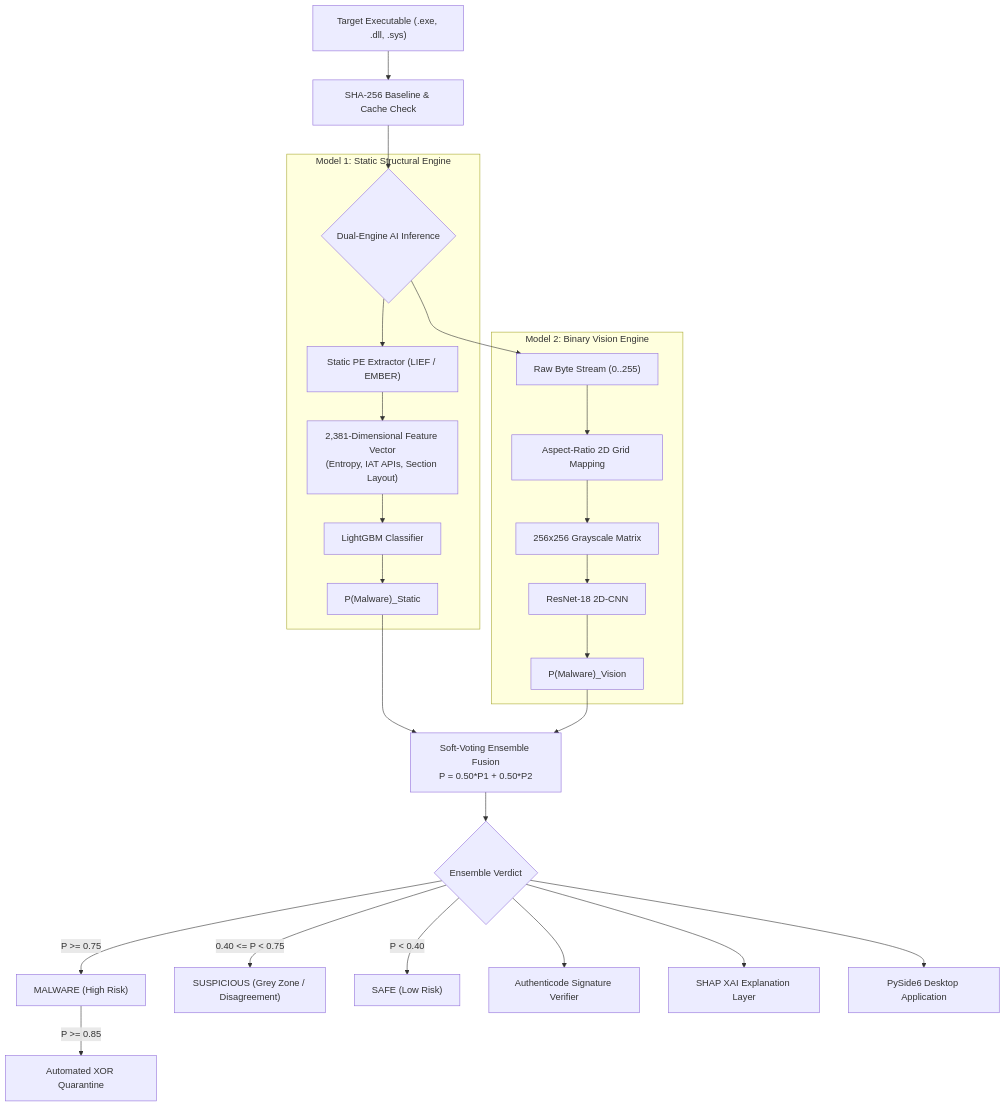
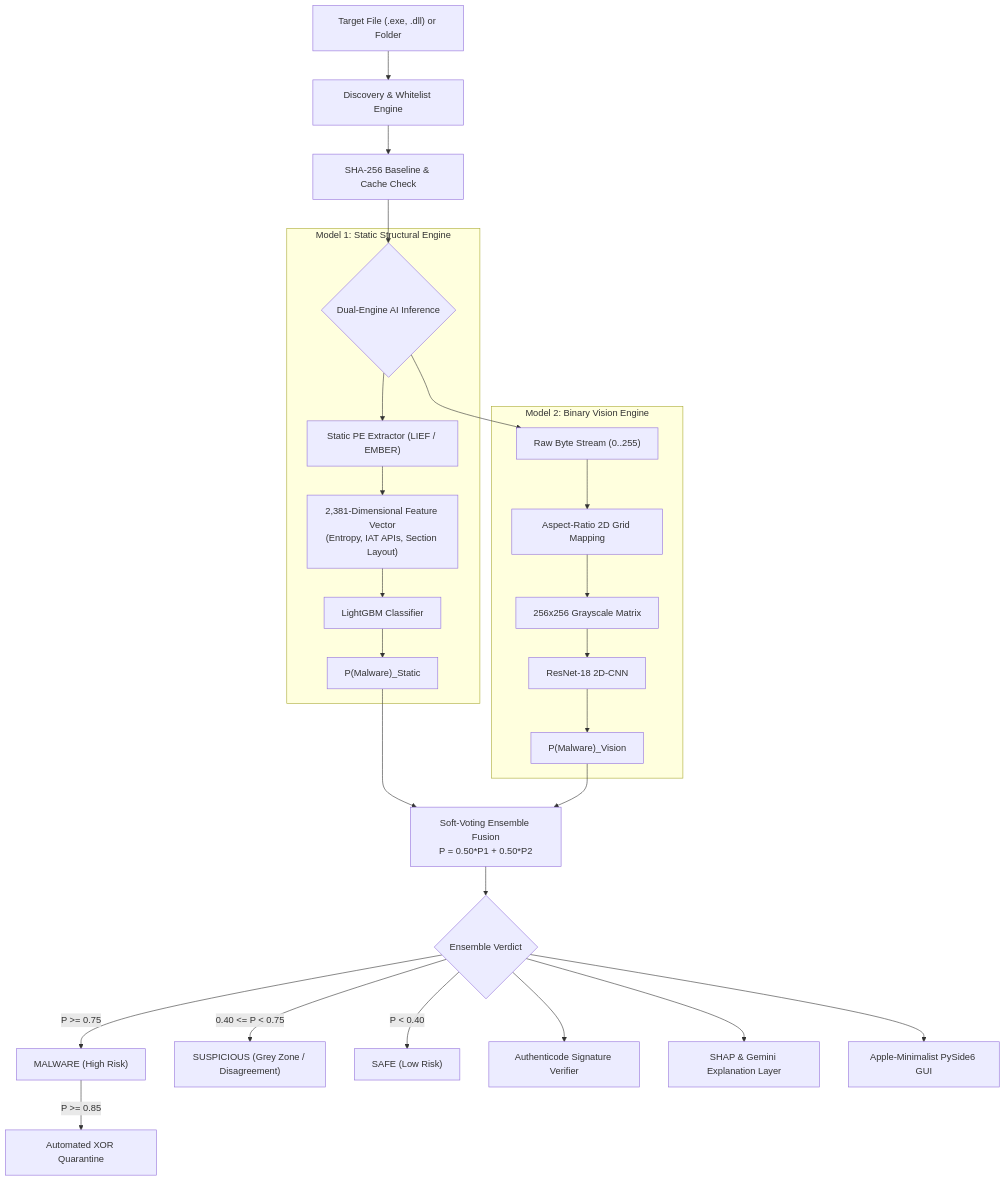
The diagram in README.md (PiyushJha0212/ZeroDay-AI-Antivirus), drawn with Mermaid before and after one commit. The commit also changed other lines of this file, not shown here.

Commit message:
docs: update README with single file scanning, Apple-inspired UI, and test suite details

````diff
--- a/README.md
+++ b/README.md
@@ -44,33 +47,34 @@
 ```mermaid
 flowchart TD
-    File["Target Executable (.exe, .dll, .sys)"] --> Hash["SHA-256 Baseline & Cache Check"]
+    File["Target File (.exe, .dll) or Folder"] --> Discovery["Discovery & Whitelist Engine"]
+    Discovery --> Hash["SHA-256 Baseline & Cache Check"]
     Hash --> Split{"Dual-Engine AI Inference"}
     
     subgraph Engine1["Model 1: Static Structural Engine"]
         Split --> PE["Static PE Extractor (LIEF / EMBER)"]
         PE --> Feat["2,381-Dimensional Feature Vector<br/>(Entropy, IAT APIs, Section Layout)"]
         Feat --> LGBM["LightGBM Classifier"]
         LGBM --> P1["P(Malware)_Static"]
     end
     
     subgraph Engine2["Model 2: Binary Vision Engine"]
         Split --> Bytes["Raw Byte Stream (0..255)"]
         Bytes --> Grid["Aspect-Ratio 2D Grid Mapping"]
         Grid --> Img["256x256 Grayscale Matrix"]
         Img --> ResNet["ResNet-18 2D-CNN"]
         ResNet --> P2["P(Malware)_Vision"]
     end
     
     P1 --> Ensemble["Soft-Voting Ensemble Fusion<br/>P = 0.50*P1 + 0.50*P2"]
     P2 --> Ensemble
     
     Ensemble --> Decision{"Ensemble Verdict"}
     Decision -- "P >= 0.75" --> Malware["MALWARE (High Risk)"]
     Decision -- "0.40 <= P < 0.75" --> Grey["SUSPICIOUS (Grey Zone / Disagreement)"]
     Decision -- "P < 0.40" --> Safe["SAFE (Low Risk)"]
     
     Malware -- "P >= 0.85" --> AutoQ["Automated XOR Quarantine"]
     Decision --> AuthCheck["Authenticode Signature Verifier"]
-    Decision --> XAI["SHAP XAI Explanation Layer"]
-    Decision --> UI["PySide6 Desktop Application"]
+    Decision --> XAI["SHAP & Gemini Explanation Layer"]
+    Decision --> UI["Apple-Minimalist PySide6 GUI"]
 ```
````
